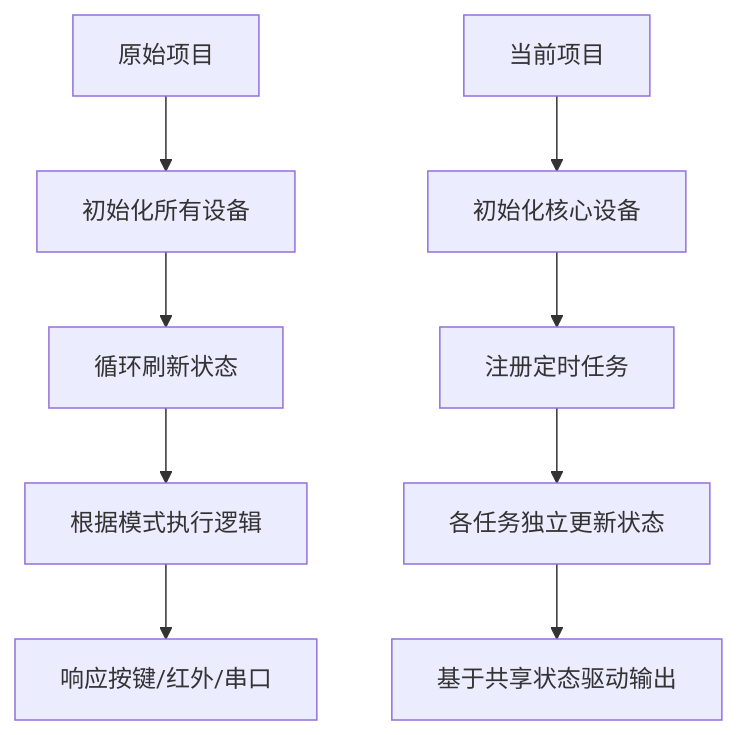
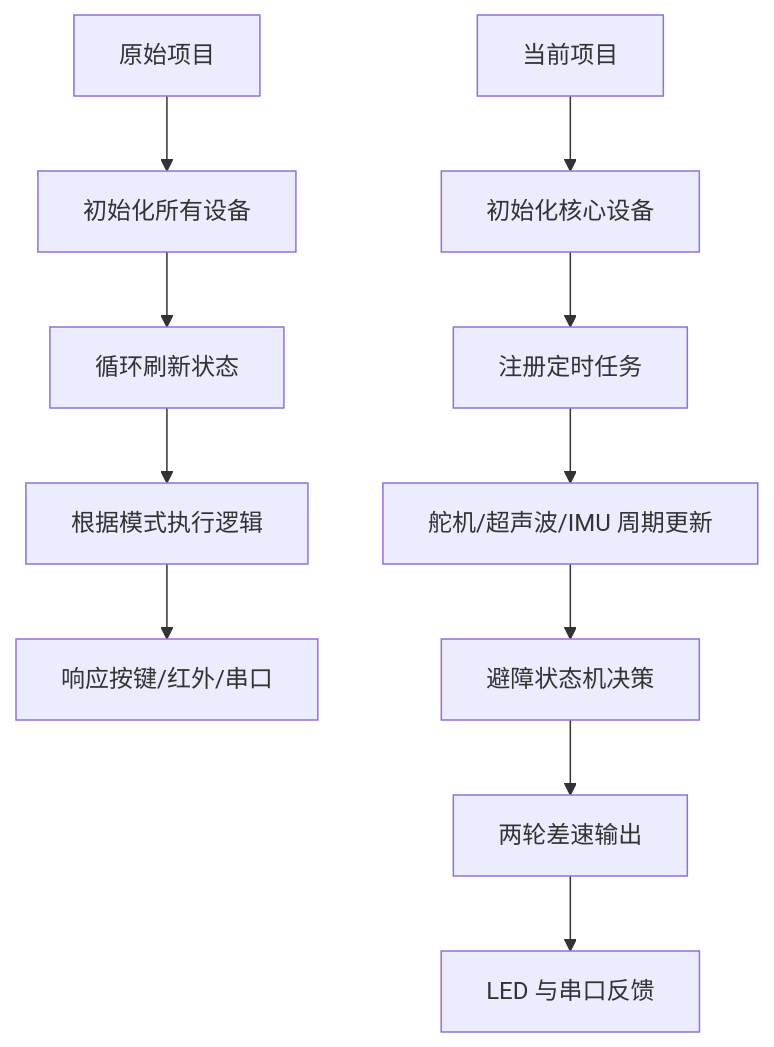
Before and after one commit to TennousuAthena/UniBot: the second of 2 diagrams in docs/当前与原始项目对比说明.md, drawn with Mermaid. The commit also changed other lines of this file and 1 other file, not shown here.

````diff
--- a/docs/当前与原始项目对比说明.md
+++ b/docs/当前与原始项目对比说明.md
@@ -83,14 +92,16 @@
 ```mermaid
 flowchart TD
     A[原始项目]
     A --> A1[初始化所有设备]
     A1 --> A2[循环刷新状态]
     A2 --> A3[根据模式执行逻辑]
     A3 --> A4[响应按键/红外/串口]
 
     B[当前项目]
     B --> B1[初始化核心设备]
     B1 --> B2[注册定时任务]
-    B2 --> B3[各任务独立更新状态]
-    B3 --> B4[基于共享状态驱动输出]
+    B2 --> B3[舵机/超声波/IMU 周期更新]
+    B3 --> B4[避障状态机决策]
+    B4 --> B5[两轮差速输出]
+    B5 --> B6[LED 与串口反馈]
 ```
````
